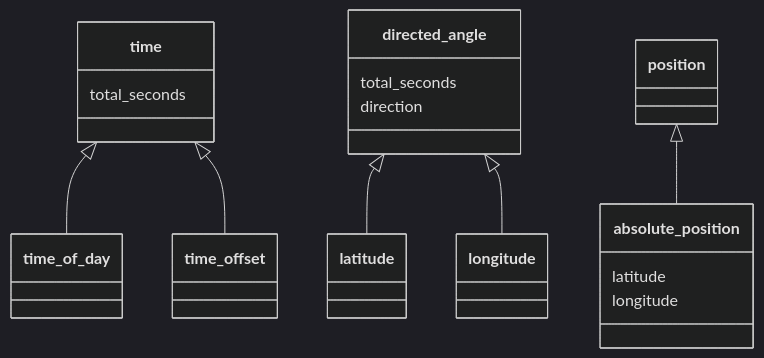
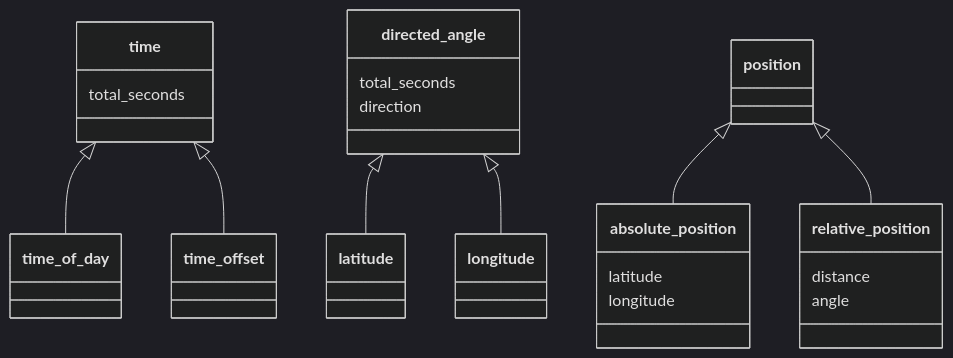
One commit to fraya/dylan-programming-book changed the diagram in doc/architecture.md. Above: the diagram before and after it, drawn with Mermaid (dark theme).

Commit message:
Add relative_position slots

````diff
--- a/doc/architecture.md
+++ b/doc/architecture.md
@@ -5,18 +5,25 @@
 ```mermaid
 classDiagram
       class time
       time : total_seconds
+      
       time <|-- time_of_day
       time <|-- time_offset
 
       class directed_angle
       directed_angle : total_seconds
       directed_angle : direction
+      
       directed_angle <|-- latitude
       directed_angle <|-- longitude
 
       class position
       position <|-- absolute_position
+      
       absolute_position : latitude
       absolute_position : longitude
+
+      position <|-- relative_position
+      relative_position : distance
+      relative_position : angle
 ```
````
